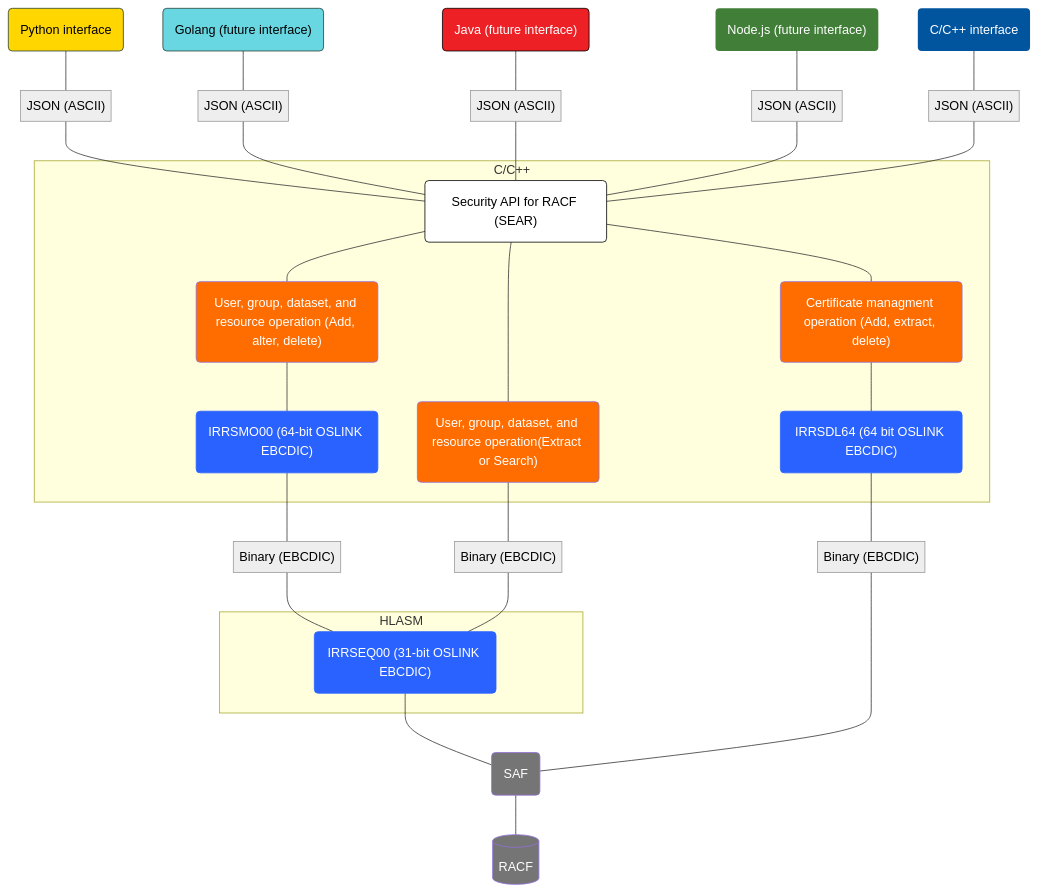
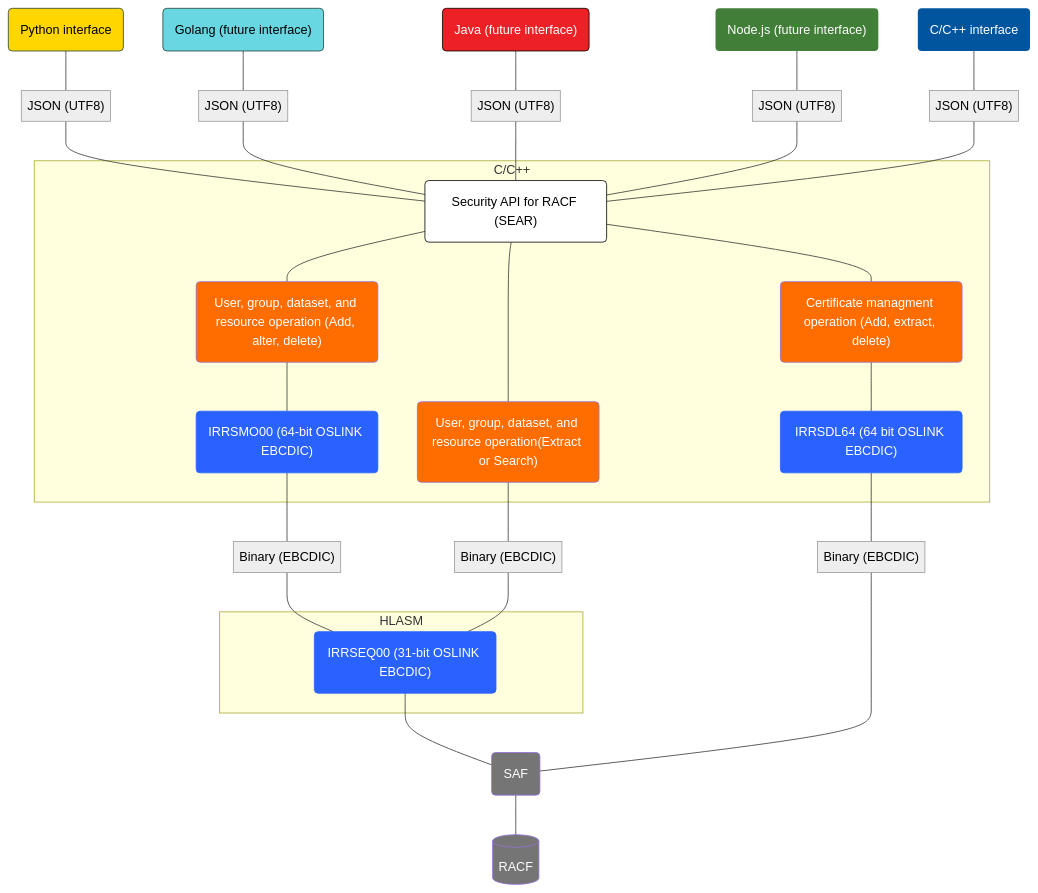
Before and after one commit to Mainframe-Renewal-Project/sear-docs: the diagram in index.md, drawn with Mermaid.

Commit message:
Changed documentation to reflect new UTF8 changes

```diff
--- a/index.md
+++ b/index.md
@@ -105,7 +105,7 @@
  subgraph s2["HLASM"]
         n4["IRRSEQ00 (31-bit OSLINK EBCDIC)"]
   end
-    A["Python interface"] --- n3@{ label: "<span style=\"padding-left:\">JSON (ASCII)</span>" }
+    A["Python interface"] --- n3@{ label: "<span style=\"padding-left:\">JSON (UTF8)</span>" }
     n3 --- n1
     n1 --- n5 & n7 & n12
     n5 --- n2
@@ -116,15 +116,15 @@
     n10["SAF"] --- n9["RACF"]
     n4 --- n10
     n12 --- n11
-    n13["Golang (future interface)"] --- n14@{ label: "<span style=\"padding-left:\">JSON (ASCII)</span>" }
+    n13["Golang (future interface)"] --- n14@{ label: "<span style=\"padding-left:\">JSON (UTF8)</span>" }
     n14 --- n1
-    n15["Java (future interface)"] --- n16@{ label: "<span style=\"padding-left:\">JSON (ASCII)</span>" }
+    n15["Java (future interface)"] --- n16@{ label: "<span style=\"padding-left:\">JSON (UTF8)</span>" }
     n16 --- n1
-    n17["Node.js (future interface)"] --- n18@{ label: "<span style=\"padding-left:\">JSON (ASCII)</span>" }
+    n17["Node.js (future interface)"] --- n18@{ label: "<span style=\"padding-left:\">JSON (UTF8)</span>" }
     n18 --- n1
     n11 --- n19["Binary (EBCDIC)"]
     n19 --- n10
-    n20["C/C++ interface"] --- n21@{ label: "<span style=\"padding-left:\">JSON (ASCII)</span>" }
+    n20["C/C++ interface"] --- n21@{ label: "<span style=\"padding-left:\">JSON (UTF8)</span>" }
     n21 --- n1
     n1@{ shape: rounded}
     n2@{ shape: rounded}
```
